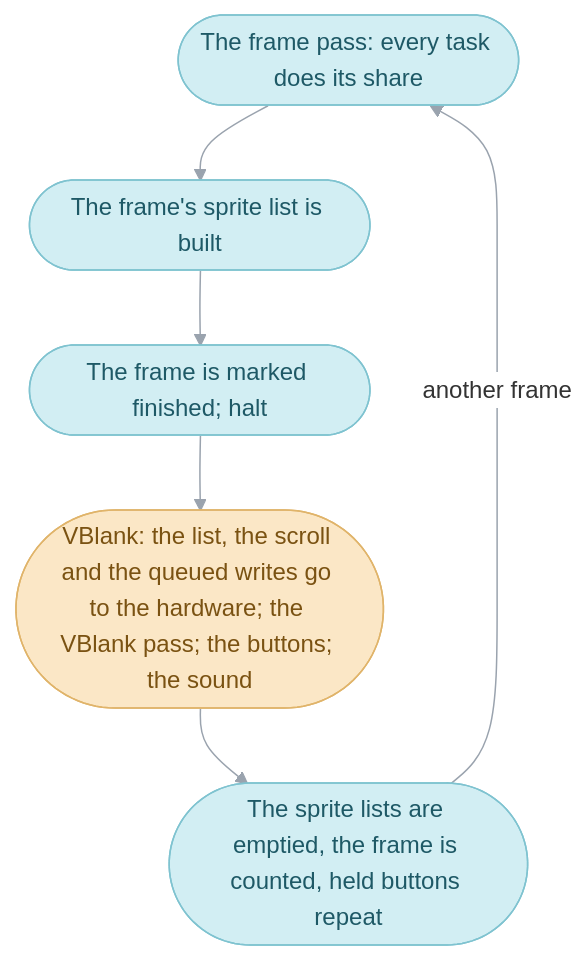
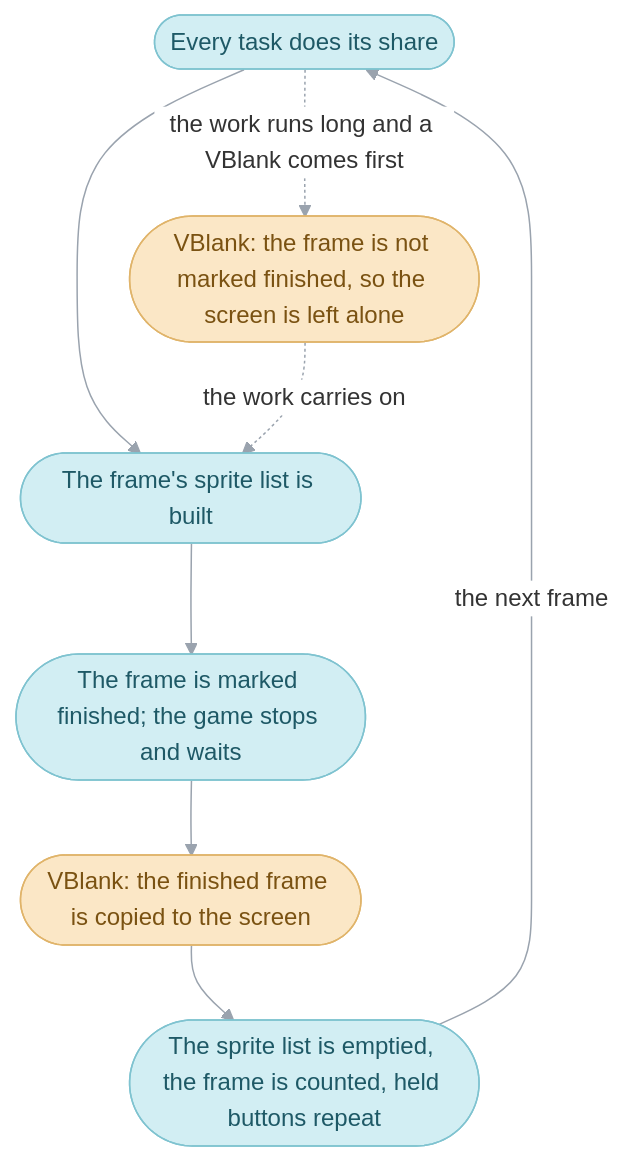
One commit to PascalPixel/alchemy changed the first of 2 diagrams in games/tbs/src/system/README.md. Above: the diagram before and after it, drawn with Mermaid. The commit also changed other lines of this file and 20 other files, not shown here.

````diff
--- a/games/tbs/src/system/README.md
+++ b/games/tbs/src/system/README.md
@@ -258,13 +271,15 @@
 ```mermaid
 %%{init: {"theme": "base", "themeVariables": {"lineColor": "#9AA3AE", "edgeLabelBackground": "#FFFFFF"}, "flowchart": {"curve": "basis", "padding": 12}}}%%
 flowchart TD
-  tasks(["The frame pass: every task does its share"]) --> oam(["The frame's sprite list is built"])
-  oam --> pending(["The frame is marked finished; halt"])
-  pending --> vblank(["VBlank: the list, the scroll and the queued writes go to the hardware; the VBlank pass; the buttons; the sound"])
-  vblank --> after(["The sprite lists are emptied, the frame is counted, held buttons repeat"])
-  after -- "another frame" --> tasks
+  tasks(["Every task does its share"]) --> oam(["The frame's sprite list is built"])
+  oam --> pending(["The frame is marked finished; the game stops and waits"])
+  pending --> vblank(["VBlank: the finished frame is copied to the screen"])
+  vblank --> after(["The sprite list is emptied, the frame is counted, held buttons repeat"])
+  after -- "the next frame" --> tasks
+  tasks -. "the work runs long and a VBlank comes first" .-> late(["VBlank: the frame is not marked finished, so the screen is left alone"])
+  late -. "the work carries on" .-> oam
   classDef frame fill:#D2EEF3,stroke:#7FC3D0,color:#1E5966
   classDef hardware fill:#FBE7C6,stroke:#E0B46A,color:#7A5212
   class tasks,oam,pending,after frame
-  class vblank hardware
+  class vblank,late hardware
 ```
````
